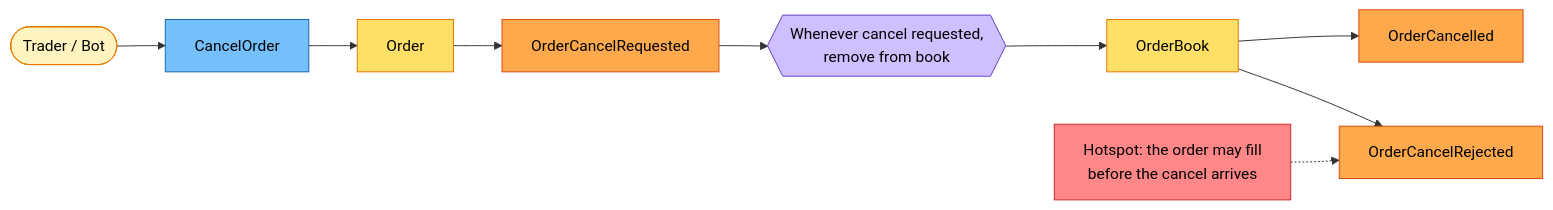
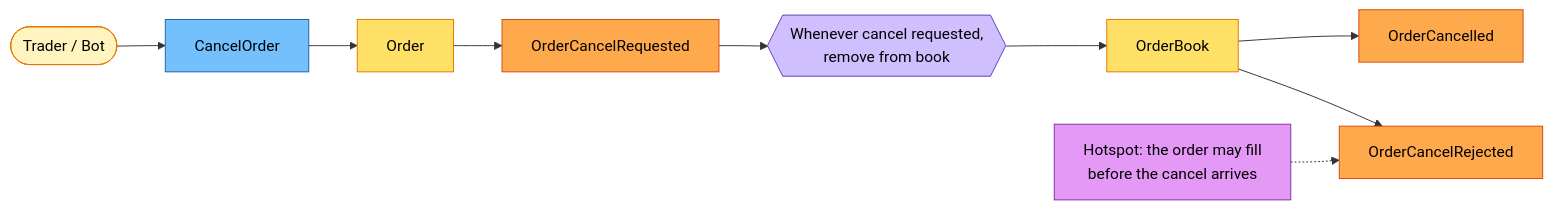
Before and after one commit to Kaizer-1/CircuitBreaker: the third of 5 diagrams in docs/02-domain/01-event-storming.md, drawn with Mermaid. The commit also changed other lines of this file and 2 other files, not shown here.

````diff
--- a/docs/02-domain/01-event-storming.md
+++ b/docs/02-domain/01-event-storming.md
@@ -106,15 +149,15 @@
 ```mermaid
 flowchart LR
     classDef event fill:#ffa94d,stroke:#d9480f,color:#000
     classDef command fill:#74c0fc,stroke:#1864ab,color:#000
     classDef actor fill:#fff3bf,stroke:#e67700,color:#000
     classDef aggregate fill:#ffe066,stroke:#e67700,color:#000
     classDef policy fill:#d0bfff,stroke:#5f3dc4,color:#000
-    classDef hotspot fill:#ff8787,stroke:#c92a2a,color:#000
+    classDef hotspot fill:#e599f7,stroke:#862e9c,color:#000
 
     TR([Trader / Bot]):::actor --> C1[CancelOrder]:::command --> AG1[Order]:::aggregate
     AG1 --> E1[OrderCancelRequested]:::event --> P1{{Whenever cancel requested,<br/>remove from book}}:::policy --> AG2[OrderBook]:::aggregate
     AG2 --> E2[OrderCancelled]:::event
     AG2 --> E3[OrderCancelRejected]:::event
     H1["Hotspot: the order may fill<br/>before the cancel arrives"]:::hotspot -.-> E3
 ```
````
